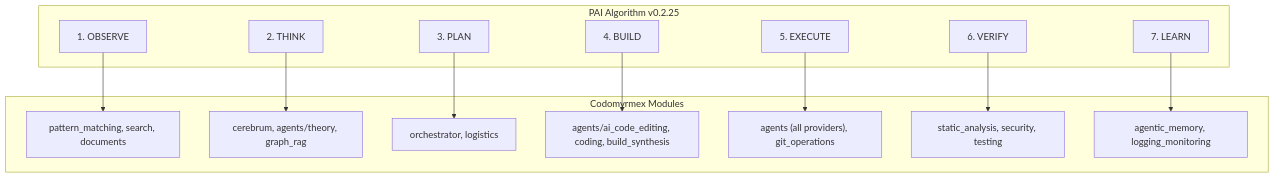
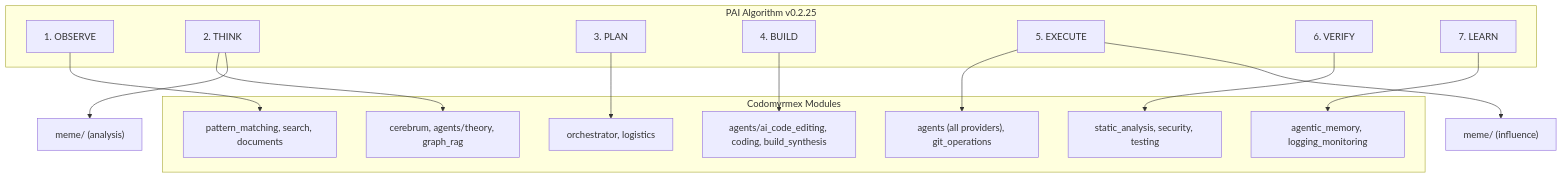
Before and after one commit to docxology/codomyrmex: the second of 2 diagrams in src/codomyrmex/PAI.md, drawn with Mermaid. The commit also changed other lines of this file and 259 other files, not shown here.

````diff
--- a/src/codomyrmex/PAI.md
+++ b/src/codomyrmex/PAI.md
@@ -113,30 +124,32 @@
 ```mermaid
 graph TB
     subgraph Algorithm ["PAI Algorithm v0.2.25"]
         OBSERVE["1. OBSERVE"]
         THINK["2. THINK"]
         PLAN["3. PLAN"]
         BUILD["4. BUILD"]
         EXECUTE["5. EXECUTE"]
         VERIFY["6. VERIFY"]
         LEARN["7. LEARN"]
     end
 
     subgraph Modules ["Codomyrmex Modules"]
         PM["pattern_matching, search, documents"]
         CB["cerebrum, agents/theory, graph_rag"]
         OR["orchestrator, logistics"]
         CE["agents/ai_code_editing, coding, build_synthesis"]
         AG["agents (all providers), git_operations"]
         SA["static_analysis, security, testing"]
         AM["agentic_memory, logging_monitoring"]
     end
 
     OBSERVE --> PM
     THINK --> CB
+    THINK --> ME["meme/ (analysis)"]
     PLAN --> OR
     BUILD --> CE
     EXECUTE --> AG
+    EXECUTE --> MI["meme/ (influence)"]
     VERIFY --> SA
     LEARN --> AM
 ```
````
